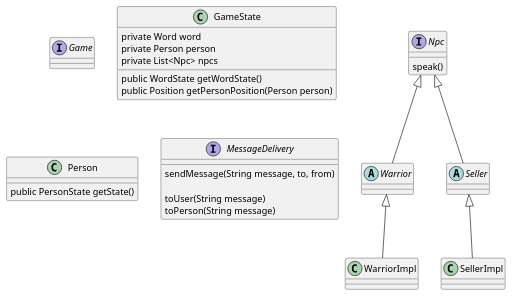
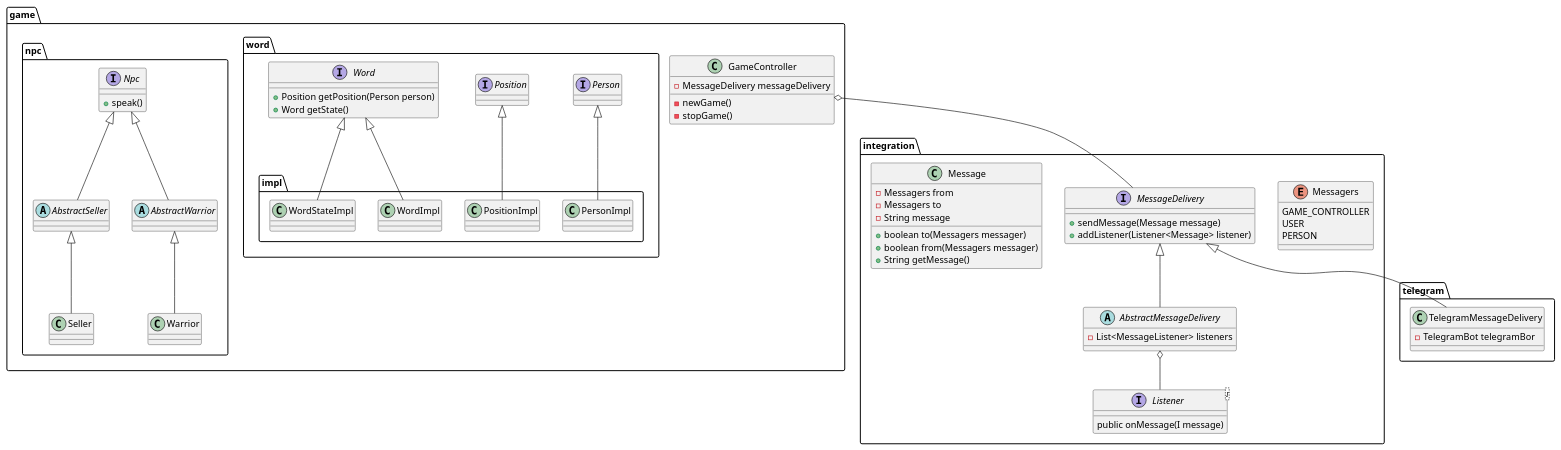
One commit to SukhovDaniil/text-game changed the diagram in src/main/java/Main Scheme.puml. Above: the diagram before and after it, drawn with PlantUML. The commit also changed 15 other files, not shown here.

Commit message:
init TelegramMessageDelivery

```diff
--- a/src/main/java/Main Scheme.puml
+++ b/src/main/java/Main Scheme.puml
@@ -1,55 +1,122 @@
 @startuml
 
-interface Game
+package integration {
 
-class GameState {
-    private Word word
-    private Person person
-    private List<Npc> npcs
+    enum Messagers {
+        GAME_CONTROLLER
+        USER
+        PERSON
+    }
 
-    public WordState getWordState()
-    public Position getPersonPosition(Person person)
+    interface MessageDelivery {
+        + sendMessage(Message message)
+        + addListener(Listener<Message> listener)
+    }
+
+    interface Listener<I> {
+        public onMessage(I message)
+    }
+
+    abstract class AbstractMessageDelivery {
+        - List<MessageListener> listeners
+    }
+    MessageDelivery <|-- AbstractMessageDelivery
+    AbstractMessageDelivery o-- Listener
+
+    class Message {
+        - Messagers from
+        - Messagers to
+        - String message
+
+        + boolean to(Messagers messager)
+        + boolean from(Messagers messager)
+        + String getMessage()
+    }
 }
 
-class Person {
+package game {
+    class GameController {
+        - MessageDelivery messageDelivery
 
-    public PersonState getState()
+        - newGame()
+        - stopGame()
+    }
+    GameController o-- MessageDelivery
+
+    package word{
+
+        interface Person {
+
+        }
+
+        interface Position {
+
+        }
+
+        interface Word {
+            + Position getPosition(Person person)
+            + Word getState()
+        }
+
+        package impl {
+
+            class PersonImpl {
+
+            }
+            Person <|-- PersonImpl
+
+            class PositionImpl {
+
+            }
+            Position <|-- PositionImpl
+
+            class WordImpl {
+
+            }
+            Word <|-- WordImpl
+
+            class WordStateImpl {
+
+            }
+            Word <|-- WordStateImpl
+        }
+    }
+
+    package npc {
+
+        interface Npc {
+            + speak()
+        }
+
+        abstract class AbstractSeller {
+
+        }
+        Npc <|-- AbstractSeller
+
+        class Seller {
+
+        }
+        AbstractSeller <|-- Seller
+
+        abstract class AbstractWarrior {
+
+        }
+        Npc <|-- AbstractWarrior
+
+        class Warrior {
+
+        }
+        AbstractWarrior <|-- Warrior
+
+    }
+
 }
 
-interface MessageDelivery {
-    sendMessage(String message, to, from)
-
-    toUser(String message)
-    toPerson(String message)
+package telegram {
+    class TelegramMessageDelivery {
+        - TelegramBot telegramBor
+    }
+    MessageDelivery <|-- TelegramMessageDelivery
 }
 
-
-
-
-
-
-interface Npc {
-    speak()
-}
-
-abstract class Warrior {
-
-}
-Npc <|-- Warrior
-class WarriorImpl {
-
-}
-Warrior <|-- WarriorImpl
-
-abstract class Seller{
-
-
-}
-Npc <|-- Seller
-class SellerImpl {
-
-}
-Seller <|-- SellerImpl
-
-
 @enduml
```
